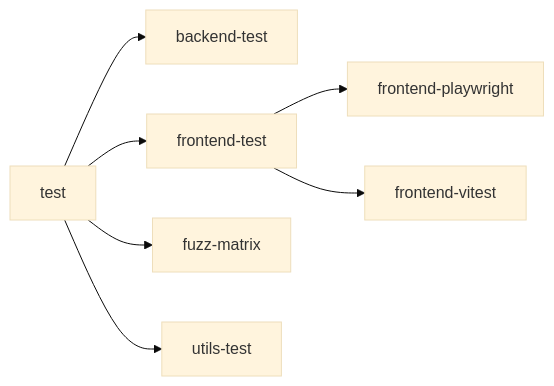
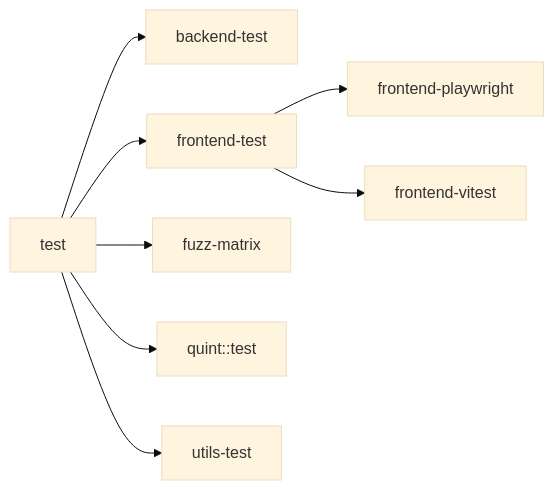
One commit to codesam88/picasu changed the second of 10 diagrams in docs/quality-gates.md. Above: the diagram before and after it, drawn with Mermaid (base theme). The commit also changed other lines of this file and 9 other files, not shown here.

````diff
--- a/docs/quality-gates.md
+++ b/docs/quality-gates.md
@@ -39,9 +35,10 @@
 ```mermaid
 graph LR
   test --> backend-test
   test --> frontend-test
   test --> fuzz-matrix
+  test --> quint::test
   test --> utils-test
   frontend-test --> frontend-playwright
   frontend-test --> frontend-vitest
 ```
````
